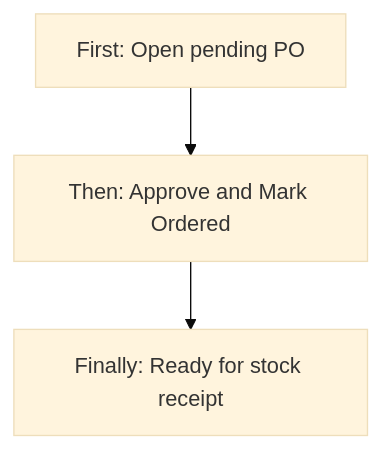
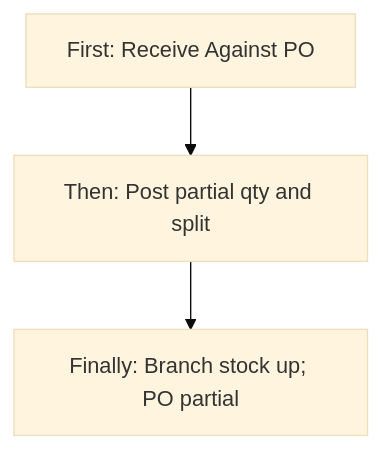
One commit to Aurifex-Innovations/ERP_docs changed the eighth of 10 diagrams in v0_final_docs/purchase-order-management.md. Above: the diagram before and after it, drawn with Mermaid (base theme). The commit also changed other lines of this file, not shown here.

````diff
--- a/v0_final_docs/purchase-order-management.md
+++ b/v0_final_docs/purchase-order-management.md
@@ -481,5 +458,5 @@
 ```mermaid
 flowchart TD
-  openPend["First: Open pending PO"] --> approve["Then: Approve and Mark Ordered"]
-  approve --> readyRecv["Finally: Ready for stock receipt"]
+  openReceive["First: Receive Against PO"] --> postPartial["Then: Post partial qty and split"]
+  postPartial --> partialPo["Finally: Branch stock up; PO partial"]
 ```
````
